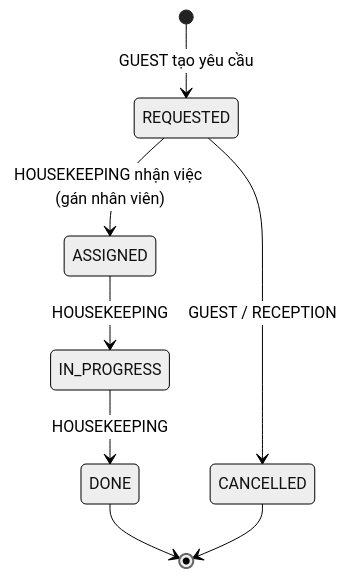
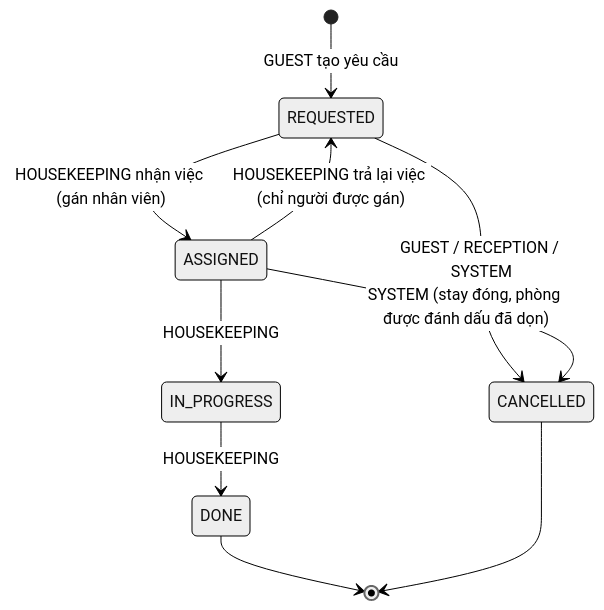
One commit to HotelManageApp/HotelManage changed the third of 4 diagrams in docs/domain-rules.md. Above: the diagram before and after it, drawn with Mermaid (neutral theme). The commit also changed other lines of this file and 8 other files, not shown here.

````diff
--- a/docs/domain-rules.md
+++ b/docs/domain-rules.md
@@ -64,10 +66,12 @@
 ```mermaid
 stateDiagram-v2
     [*] --> REQUESTED: GUEST tạo yêu cầu
     REQUESTED --> ASSIGNED: HOUSEKEEPING nhận việc (gán nhân viên)
     ASSIGNED --> IN_PROGRESS: HOUSEKEEPING
     IN_PROGRESS --> DONE: HOUSEKEEPING
-    REQUESTED --> CANCELLED: GUEST / RECEPTION
+    ASSIGNED --> REQUESTED: HOUSEKEEPING trả lại việc (chỉ người được gán)
+    REQUESTED --> CANCELLED: GUEST / RECEPTION / SYSTEM
+    ASSIGNED --> CANCELLED: SYSTEM (stay đóng, phòng được đánh dấu đã dọn)
     DONE --> [*]
     CANCELLED --> [*]
 ```
````
